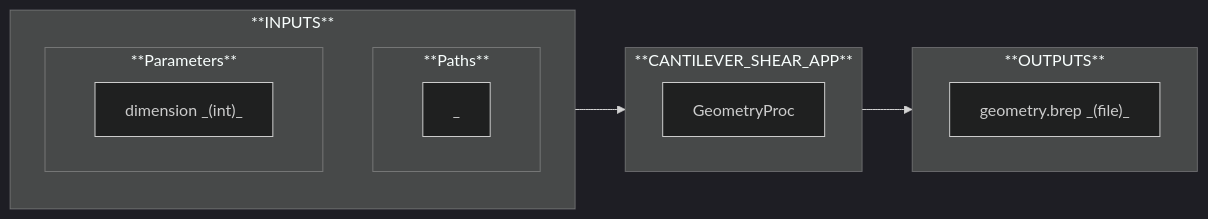
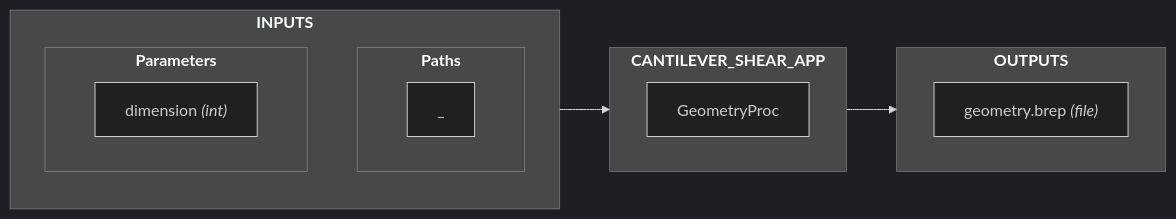
One commit to nuremics/sim-labs changed the fifth of 6 diagrams in src/nuremics_labs/apps/simulation/CANTILEVER_SHEAR_APP/README.md. Above: the diagram before and after it, drawn with Mermaid (dark theme). The commit also changed other lines of this file, not shown here.

````diff
--- a/src/nuremics_labs/apps/simulation/CANTILEVER_SHEAR_APP/README.md
+++ b/src/nuremics_labs/apps/simulation/CANTILEVER_SHEAR_APP/README.md
@@ -104,29 +104,29 @@
 ```mermaid
 flowchart LR
-  subgraph **INPUTS**
+  subgraph Inputs[<b>INPUTS<b>]
     direction TB
 
-    subgraph **Paths**
+    subgraph Paths[<b>Paths<b>]
       direction LR
       path["_"]
     end
 
-    subgraph **Parameters**
+    subgraph Parameters[<b>Parameters<b>]
       direction LR
-      param1["dimension _(int)_"]
+      param1["dimension <i>(int)<i>"]
     end
   end
 
-  subgraph **CANTILEVER_SHEAR_APP**
+  subgraph App[<b>CANTILEVER_SHEAR_APP<b>]
     direction RL
     proc1["GeometryProc"]
   end
 
-  subgraph **OUTPUTS**
+  subgraph Outputs[<b>OUTPUTS<b>]
     direction RL
-    out1["geometry.brep _(file)_"]
+    out1["geometry.brep <i>(file)<i>"]
   end
 
-  **INPUTS** --> proc1
-  proc1 --> **OUTPUTS**
+  Inputs --> proc1
+  proc1 --> Outputs
 ```
````
